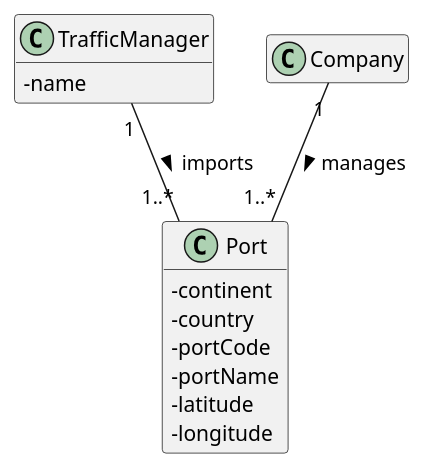
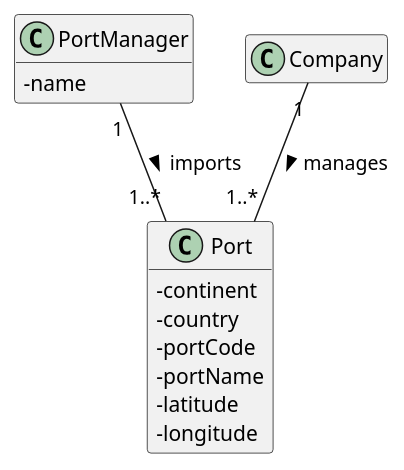
Before and after one commit to ana-albergaria/LAPR3-ISEP: the diagram in docs/US201/US_201_DM.puml, drawn with PlantUML. The commit also changed 3 other files, not shown here.

```diff
--- a/docs/US201/US_201_DM.puml
+++ b/docs/US201/US_201_DM.puml
@@ -1,25 +1,25 @@
 @startuml
 'https://plantuml.com/class-diagram
 hide empty methods
 hide empty attributes
 skinparam classAttributeIconSize 0
 
-class TrafficManager{
+class PortManager{
     -name
 }
 
 class Company{}
 
 class Port{
     -continent
     -country
     -portCode
     -portName
     -latitude
     -longitude
 }
 
-TrafficManager "1" -- "1..*" Port : imports >
+PortManager "1" -- "1..*" Port : imports >
 Company "1" -- "1..*" Port : manages >
 
 @enduml
```
